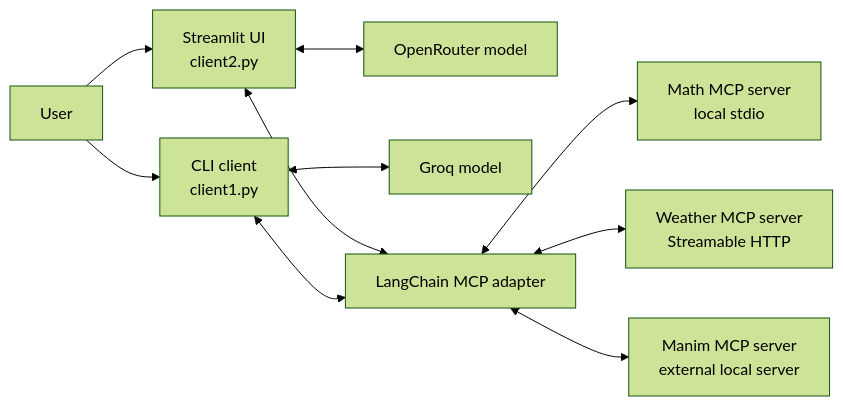
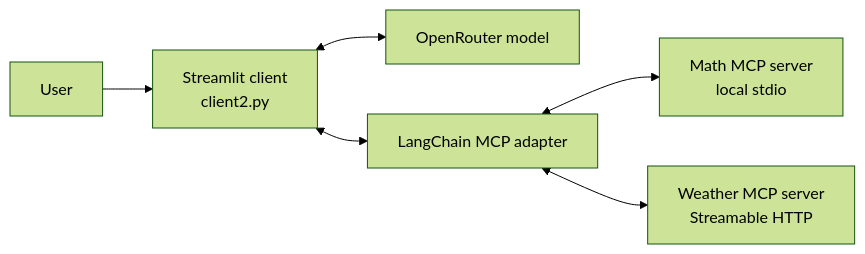
Before and after one commit to Anub11/Multi-MCP-ChatBot: the diagram in README.md, drawn with Mermaid (forest theme).

````diff
--- a/README.md
+++ b/README.md
@@ -9,22 +9,15 @@
 ```mermaid
 flowchart LR
     U[User]
-    UI[Streamlit UI<br/>client2.py]
-    CLI[CLI client<br/>client1.py]
+    UI[Streamlit client<br/>client2.py]
     OA[OpenRouter model]
-    GR[Groq model]
     AD[LangChain MCP adapter]
     M[Math MCP server<br/>local stdio]
     W[Weather MCP server<br/>Streamable HTTP]
-    MM[Manim MCP server<br/>external local server]
 
     U --> UI
-    U --> CLI
     UI <--> OA
-    CLI <--> GR
     UI <--> AD
-    CLI <--> AD
     AD <--> M
     AD <--> W
-    AD <--> MM
 ```
````
